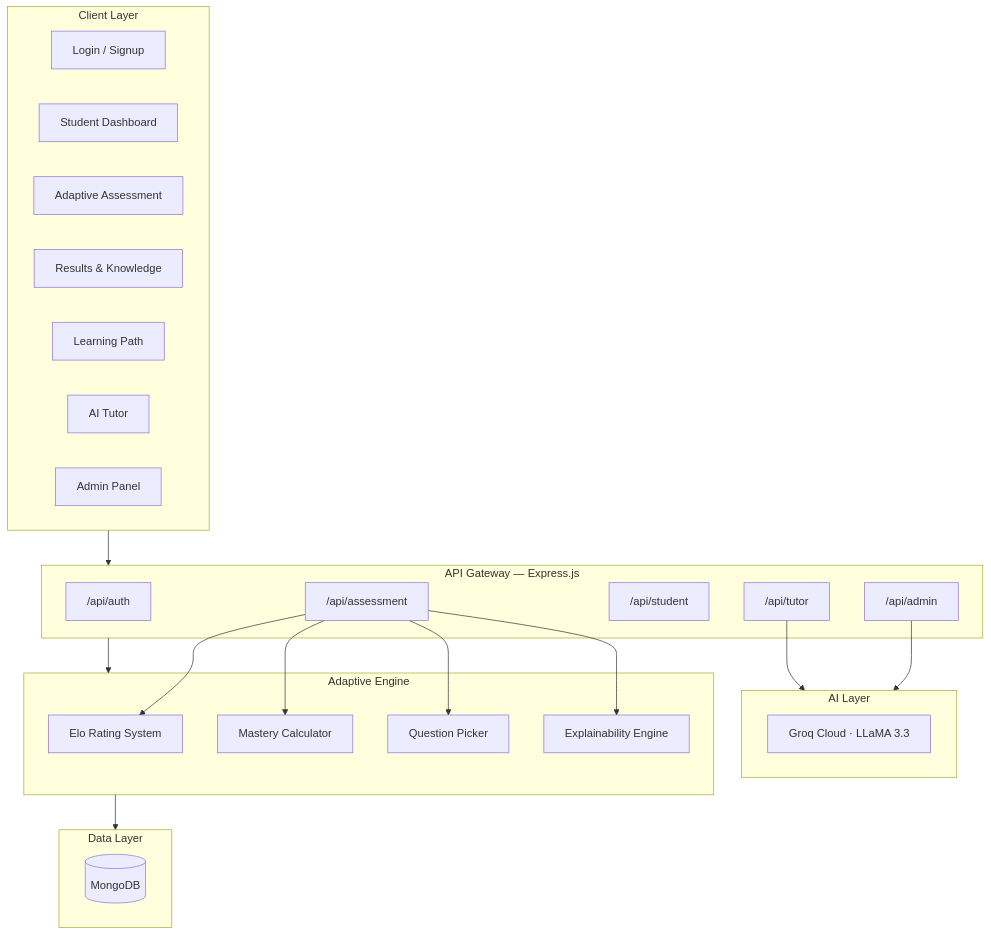
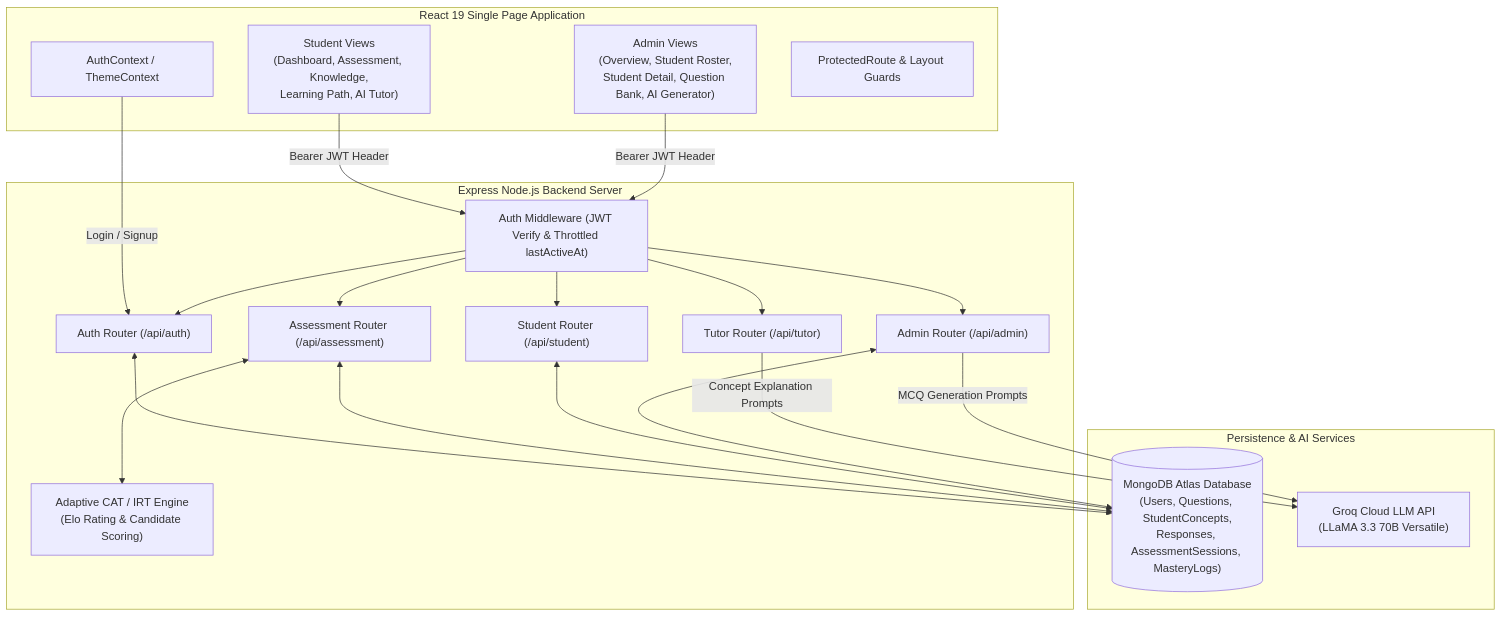
Before and after one commit to Iamdivy69/SIH2026_INTERNAL: the first of 6 diagrams in README.md, drawn with Mermaid. The commit also changed other lines of this file, not shown here.

Commit message:
docs: comprehensive README with tech stack, architecture diagrams, data models, workflows, API reference, setup guide, and phase history

````diff
--- a/README.md
+++ b/README.md
@@ -55,46 +27,45 @@
 ```mermaid
-flowchart TB
-    subgraph Client["Client Layer"]
-        direction LR
-        Login["Login / Signup"]
-        Dashboard["Student Dashboard"]
-        Quiz["Adaptive Assessment"]
-        Results["Results & Knowledge"]
-        LP["Learning Path"]
-        Tutor["AI Tutor"]
-        Admin["Admin Panel"]
+flowchart TD
+    subgraph Client["React 19 Single Page Application"]
+        FE_Auth["AuthContext / ThemeContext"]
+        FE_Student["Student Views\n(Dashboard, Assessment, Knowledge,\nLearning Path, AI Tutor)"]
+        FE_Admin["Admin Views\n(Overview, Student Roster,\nStudent Detail, Question Bank, AI Generator)"]
+        FE_Guard["ProtectedRoute & Layout Guards"]
     end
 
-    subgraph Gateway["API Gateway — Express.js"]
-        Auth["/api/auth"]
-        Assessment["/api/assessment"]
-        Student["/api/student"]
-        Tut["/api/tutor"]
-        Adm["/api/admin"]
+    subgraph Server["Express Node.js Backend Server"]
+        Middleware["Auth Middleware (JWT Verify & Throttled lastActiveAt)"]
+        
+        R_Auth["Auth Router (/api/auth)"]
+        R_Assess["Assessment Router (/api/assessment)"]
+        R_Student["Student Router (/api/student)"]
+        R_Tutor["Tutor Router (/api/tutor)"]
+        R_Admin["Admin Router (/api/admin)"]
+
+        CAT_Engine["Adaptive CAT / IRT Engine\n(Elo Rating & Candidate Scoring)"]
     end
 
-    subgraph Engine["Adaptive Engine"]
-        Elo["Elo Rating System"]
-        Mastery["Mastery Calculator"]
-        Pick["Question Picker"]
-        Explain["Explainability Engine"]
+    subgraph DataStore["Persistence & AI Services"]
+        MongoDB[("MongoDB Atlas Database\n(Users, Questions, StudentConcepts,\nResponses, AssessmentSessions, MasteryLogs)")]
+        GroqAPI["Groq Cloud LLM API\n(LLaMA 3.3 70B Versatile)"]
     end
 
-    subgraph Persistence["Data Layer"]
-        Mongo[("MongoDB")]
-    end
+    FE_Student -->|Bearer JWT Header| Middleware
+    FE_Admin -->|Bearer JWT Header| Middleware
+    FE_Auth -->|Login / Signup| R_Auth
 
-    subgraph AI["AI Layer"]
-        Groq["Groq Cloud · LLaMA 3.3"]
-    end
+    Middleware --> R_Auth
+    Middleware --> R_Assess
+    Middleware --> R_Student
+    Middleware --> R_Tutor
+    Middleware --> R_Admin
 
-    Client --> Gateway
-    Gateway --> Engine
-    Engine --> Persistence
-    Tut --> AI
-    Adm --> AI
-    Assessment --> Elo
-    Assessment --> Mastery
-    Assessment --> Pick
-    Assessment --> Explain
+    R_Assess <--> CAT_Engine
+    R_Tutor -->|Concept Explanation Prompts| GroqAPI
+    R_Admin -->|MCQ Generation Prompts| GroqAPI
+
+    R_Auth <--> MongoDB
+    R_Assess <--> MongoDB
+    R_Student <--> MongoDB
+    R_Admin <--> MongoDB
 ```
````
